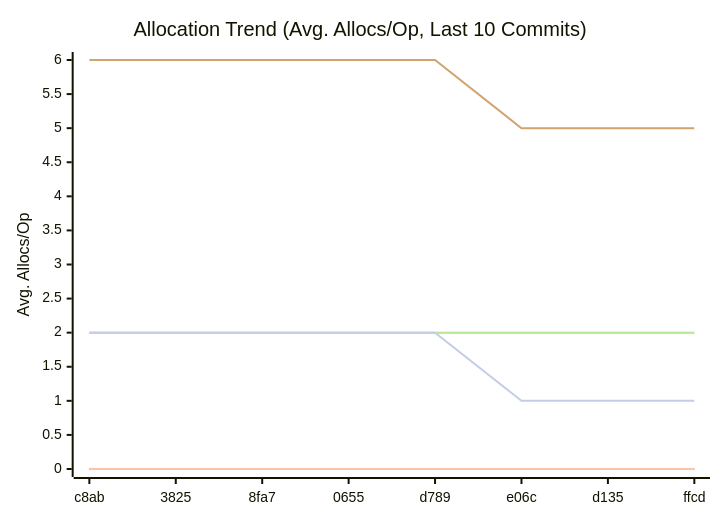
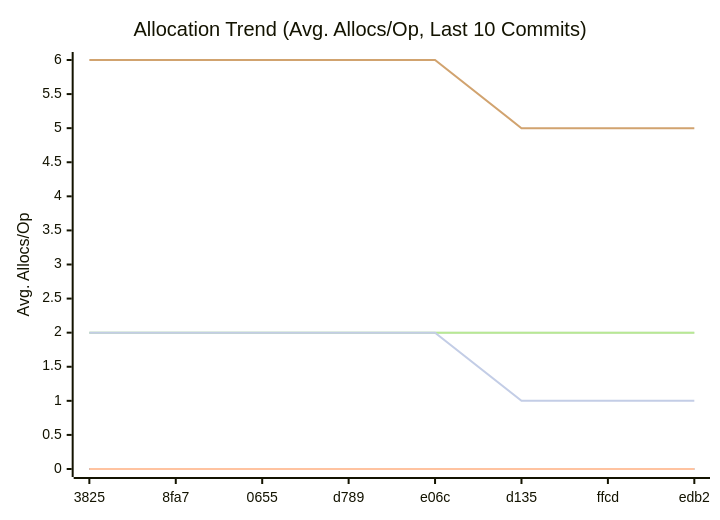
Before and after one commit to alsotoes/momo: the third of 3 diagrams in docs/README.md, drawn with Mermaid. The commit also changed other lines of this file and 1 other file, not shown here.

````diff
--- a/docs/README.md
+++ b/docs/README.md
@@ -333,14 +333,14 @@
 ```mermaid
 xychart-beta
     title "Allocation Trend (Avg. Allocs/Op, Last 10 Commits)"
     x-axis "Commit"
     y-axis "Avg. Allocs/Op"
-    x-axis [c8ab,3825,8fa7,0655,d789,e06c,d135,ffcd]
+    x-axis [3825,8fa7,0655,d789,e06c,d135,ffcd,edb2]
     line "CheckMetricsAndSwap" [0,0,0,0,0,0,0,0,0,0]
     line "IndexDirectTracking" [0,0,0,0,0,0,0,0,0,0]
     line "IndexSearch" [0,0,0,0,0,0,0,0,0,0]
     line "LoadGlobalConfig" [2,2,2,2,2,2,2,2,2,2]
     line "PadString" [2,2,2,2,2,2,2,2,2,2]
     line "ParseReplicationOrder_NoPrealloc" [6,6,6,6,6,5,5,5,5,5]
     line "ParseReplicationOrder_Prealloc" [2,2,2,2,2,1,1,1,1,1]
 ```
````
